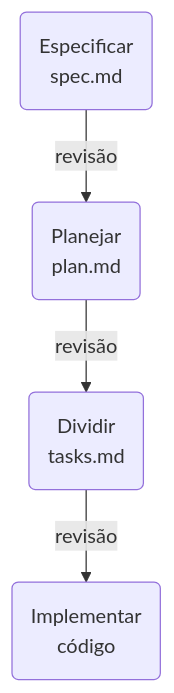
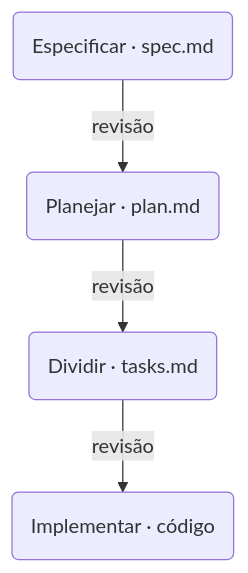
One commit to jcguimaraesnet/course-intelligent-agents changed the second of 2 diagrams in pages/block-project/slide-etapa12.md. Above: the diagram before and after it, drawn with Mermaid. The commit also changed other lines of this file, not shown here.

First line of the commit message:
docs(block-project): ajustar diagramas e o slide do TP1 na etapa 12

````diff
--- a/pages/block-project/slide-etapa12.md
+++ b/pages/block-project/slide-etapa12.md
@@ -181,10 +191,10 @@
 ```mermaid {theme: 'dark'}
 flowchart TD
-    A@{ shape: rounded, label: "Especificar<br/>spec.md" }
-    B@{ shape: rounded, label: "Planejar<br/>plan.md" }
-    C@{ shape: rounded, label: "Dividir<br/>tasks.md" }
-    D@{ shape: rounded, label: "Implementar<br/>código" }
-    A -- "revisão" --> B
-    B -- "revisão" --> C
-    C -- "revisão" --> D
+    A@{ shape: rounded, label: "Especificar · spec.md" }
+    B@{ shape: rounded, label: "Planejar · plan.md" }
+    C@{ shape: rounded, label: "Dividir · tasks.md" }
+    D@{ shape: rounded, label: "Implementar · código" }
+    A -- revisão --> B
+    B -- revisão --> C
+    C -- revisão --> D
 ```
````
